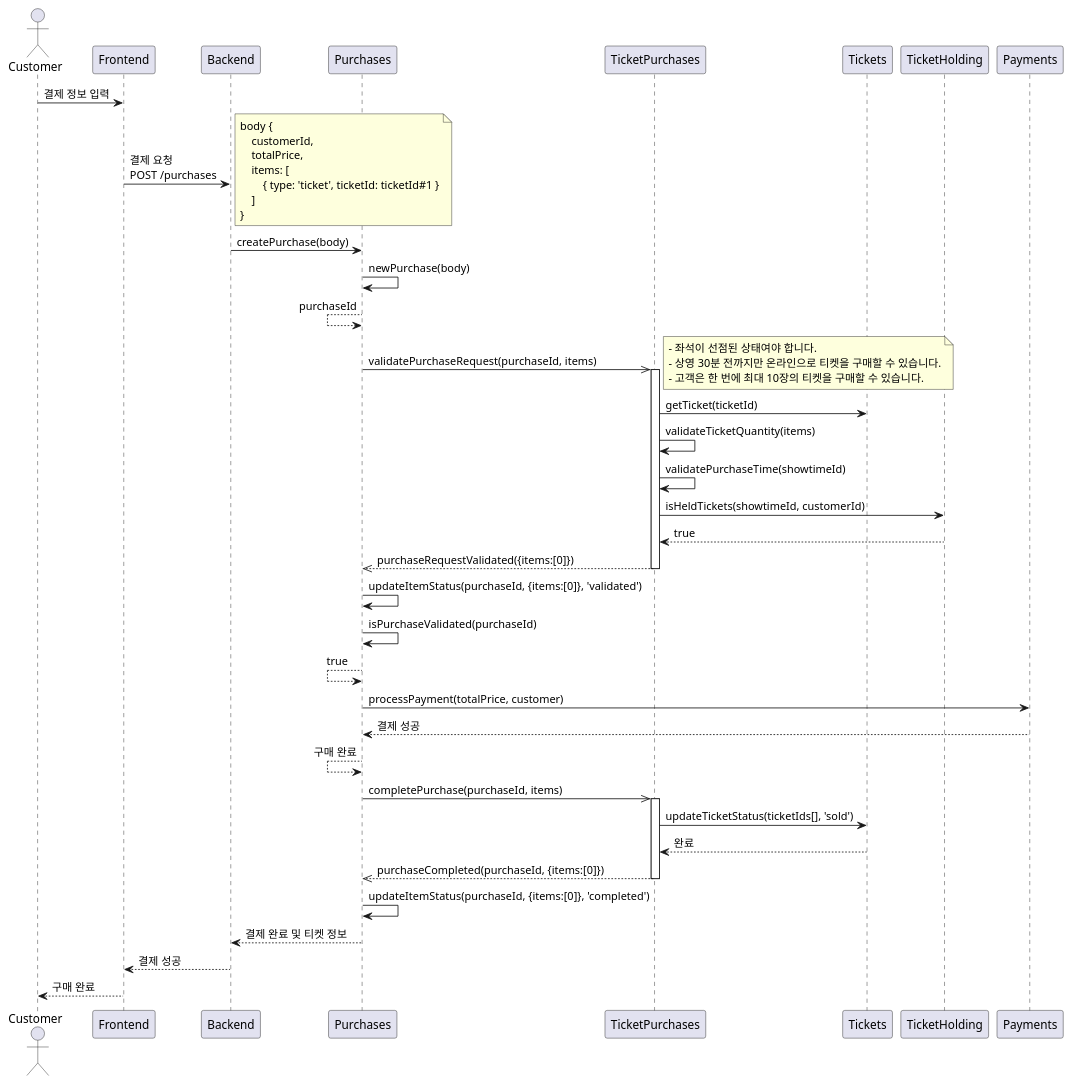
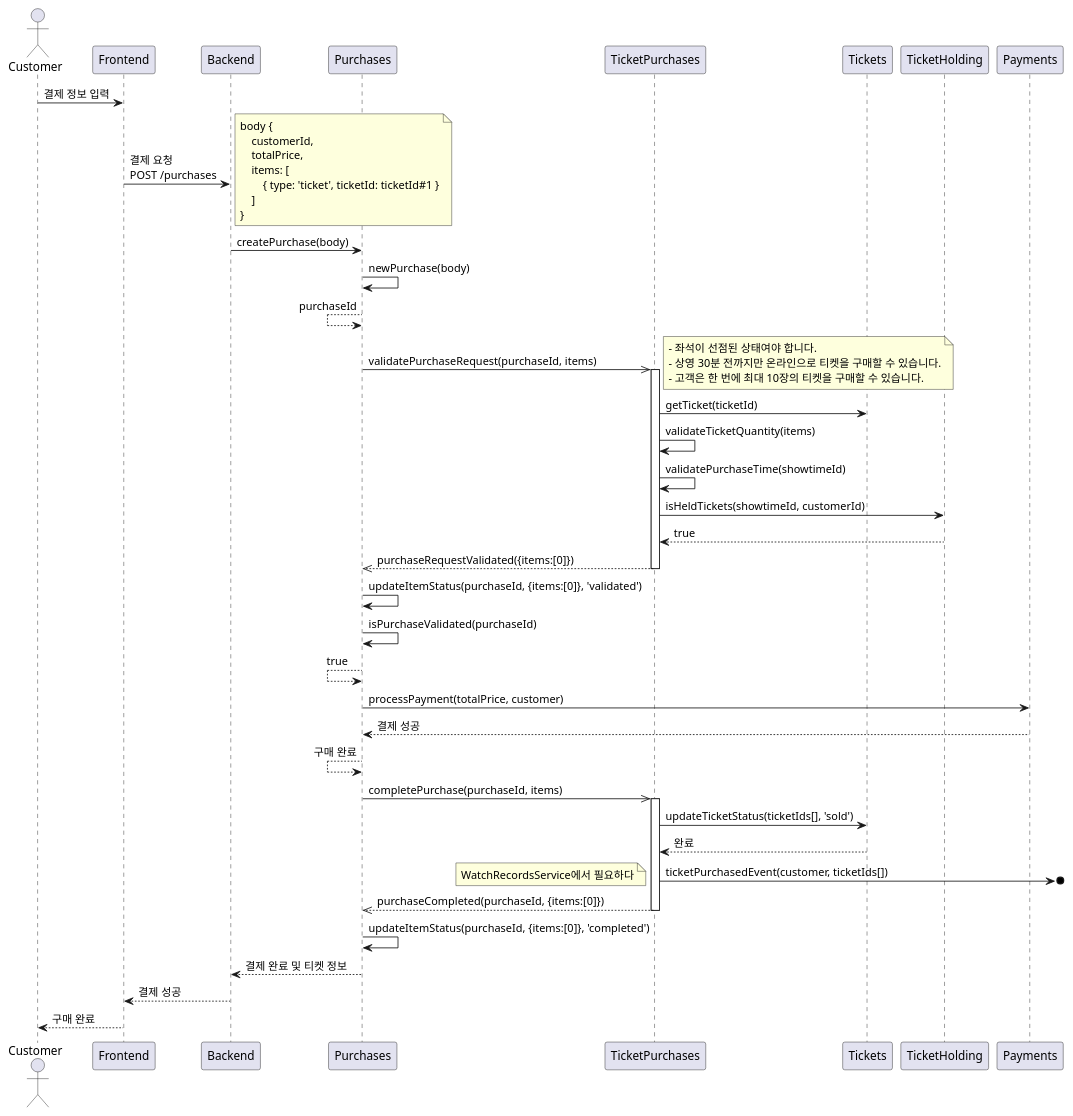
The third of 3 diagrams in docs/tickets-purchase.md (mannercode/nest-seed), drawn with PlantUML before and after one commit. The commit also changed other lines of this file and 32 other files, not shown here.

````diff
--- a/docs/tickets-purchase.md
+++ b/docs/tickets-purchase.md
@@ -173,50 +179,54 @@
 ```plantuml
 @startuml
 actor Customer
 
 Customer -> Frontend: 결제 정보 입력
     Frontend -> Backend: 결제 요청\nPOST /purchases
     note right
     body {
         customerId,
         totalPrice,
         items: [
             { type: 'ticket', ticketId: ticketId#1 }
         ]
     }
     end note
         Backend -> Purchases: createPurchase(body)
             Purchases -> Purchases: newPurchase(body)
             Purchases <-- Purchases: purchaseId
             Purchases ->> TicketPurchases: validatePurchaseRequest(purchaseId, items)
             activate TicketPurchases
             note right
                 - 좌석이 선점된 상태여야 합니다.
                 - 상영 30분 전까지만 온라인으로 티켓을 구매할 수 있습니다.
                 - 고객은 한 번에 최대 10장의 티켓을 구매할 수 있습니다.
             end note
             TicketPurchases -> Tickets: getTicket(ticketId)
             TicketPurchases -> TicketPurchases: validateTicketQuantity(items)
             TicketPurchases -> TicketPurchases: validatePurchaseTime(showtimeId)
             TicketPurchases -> TicketHolding: isHeldTickets(showtimeId, customerId)
             TicketPurchases <-- TicketHolding: true
             Purchases <<-- TicketPurchases: purchaseRequestValidated({items:[0]})
             deactivate TicketPurchases
             Purchases -> Purchases: updateItemStatus(purchaseId, {items:[0]}, 'validated')
             Purchases -> Purchases: isPurchaseValidated(purchaseId)
             Purchases <-- Purchases: true
             Purchases -> Payments: processPayment(totalPrice, customer)
             Purchases <-- Payments: 결제 성공
             Purchases <-- Purchases: 구매 완료
             Purchases ->> TicketPurchases: completePurchase(purchaseId, items)
             activate TicketPurchases
                 TicketPurchases -> Tickets: updateTicketStatus(ticketIds[], 'sold')
                 TicketPurchases <-- Tickets: 완료
+                TicketPurchases ->o]: ticketPurchasedEvent(customer, ticketIds[])
+                note left
+                    WatchRecordsService에서 필요하다
+                end note
             Purchases <<-- TicketPurchases: purchaseCompleted(purchaseId, {items:[0]})
             deactivate TicketPurchases
             Purchases -> Purchases: updateItemStatus(purchaseId, {items:[0]}, 'completed')
         Backend <-- Purchases: 결제 완료 및 티켓 정보
     Frontend <-- Backend: 결제 성공
 Customer <-- Frontend: 구매 완료
 @enduml
 ```
````
